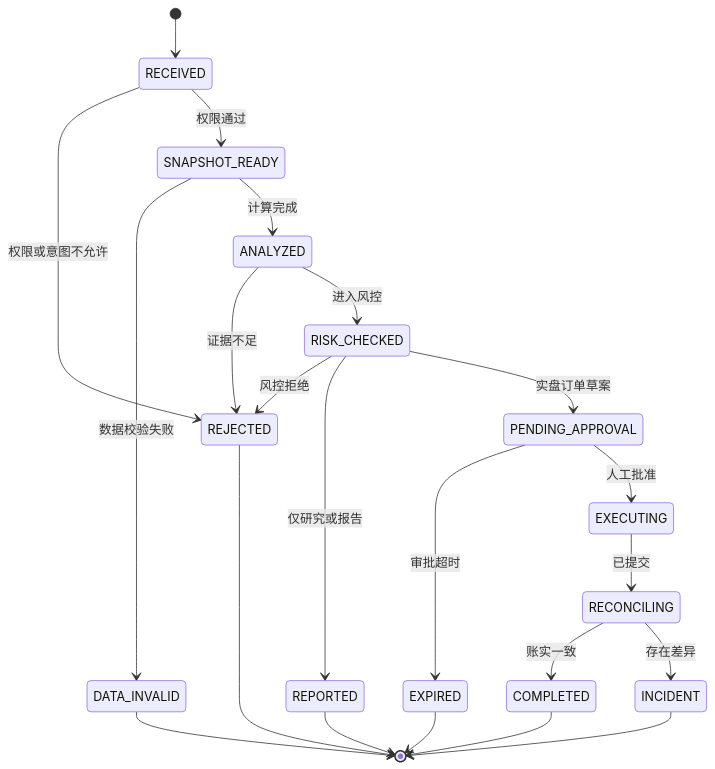
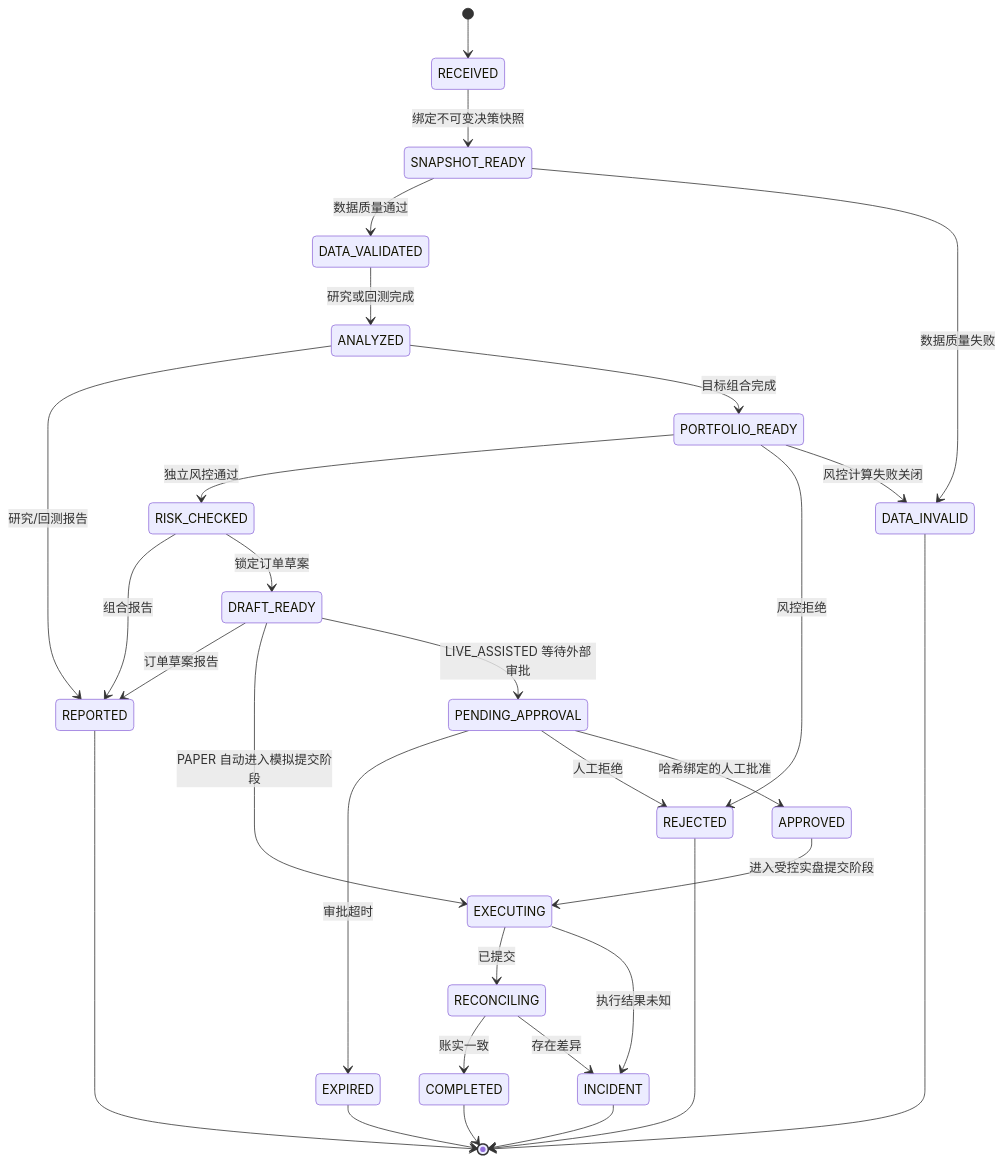
One commit to wx1127/Quant-Agent changed the second of 2 diagrams in docs/01-agent-harness.md. Above: the diagram before and after it, drawn with Mermaid. The commit also changed other lines of this file and 17 other files, not shown here.

````diff
--- a/docs/01-agent-harness.md
+++ b/docs/01-agent-harness.md
@@ -152,24 +152,32 @@
 ```mermaid
 stateDiagram-v2
     [*] --> RECEIVED
-    RECEIVED --> REJECTED: 权限或意图不允许
-    RECEIVED --> SNAPSHOT_READY: 权限通过
-    SNAPSHOT_READY --> DATA_INVALID: 数据校验失败
-    SNAPSHOT_READY --> ANALYZED: 计算完成
-    ANALYZED --> REJECTED: 证据不足
-    ANALYZED --> RISK_CHECKED: 进入风控
-    RISK_CHECKED --> REJECTED: 风控拒绝
-    RISK_CHECKED --> REPORTED: 仅研究或报告
-    RISK_CHECKED --> PENDING_APPROVAL: 实盘订单草案
+    RECEIVED --> SNAPSHOT_READY: 绑定不可变决策快照
+    SNAPSHOT_READY --> DATA_VALIDATED: 数据质量通过
+    SNAPSHOT_READY --> DATA_INVALID: 数据质量失败
+    DATA_VALIDATED --> ANALYZED: 研究或回测完成
+    ANALYZED --> REPORTED: 研究/回测报告
+    ANALYZED --> PORTFOLIO_READY: 目标组合完成
+    PORTFOLIO_READY --> RISK_CHECKED: 独立风控通过
+    PORTFOLIO_READY --> REJECTED: 风控拒绝
+    PORTFOLIO_READY --> DATA_INVALID: 风控计算失败关闭
+    RISK_CHECKED --> REPORTED: 组合报告
+    RISK_CHECKED --> DRAFT_READY: 锁定订单草案
+    DRAFT_READY --> REPORTED: 订单草案报告
+    DRAFT_READY --> EXECUTING: PAPER 自动进入模拟提交阶段
+    DRAFT_READY --> PENDING_APPROVAL: LIVE_ASSISTED 等待外部审批
     PENDING_APPROVAL --> EXPIRED: 审批超时
-    PENDING_APPROVAL --> EXECUTING: 人工批准
+    PENDING_APPROVAL --> REJECTED: 人工拒绝
+    PENDING_APPROVAL --> APPROVED: 哈希绑定的人工批准
+    APPROVED --> EXECUTING: 进入受控实盘提交阶段
     EXECUTING --> RECONCILING: 已提交
+    EXECUTING --> INCIDENT: 执行结果未知
     RECONCILING --> COMPLETED: 账实一致
     RECONCILING --> INCIDENT: 存在差异
     REPORTED --> [*]
     COMPLETED --> [*]
     REJECTED --> [*]
     DATA_INVALID --> [*]
     EXPIRED --> [*]
     INCIDENT --> [*]
 ```
````
